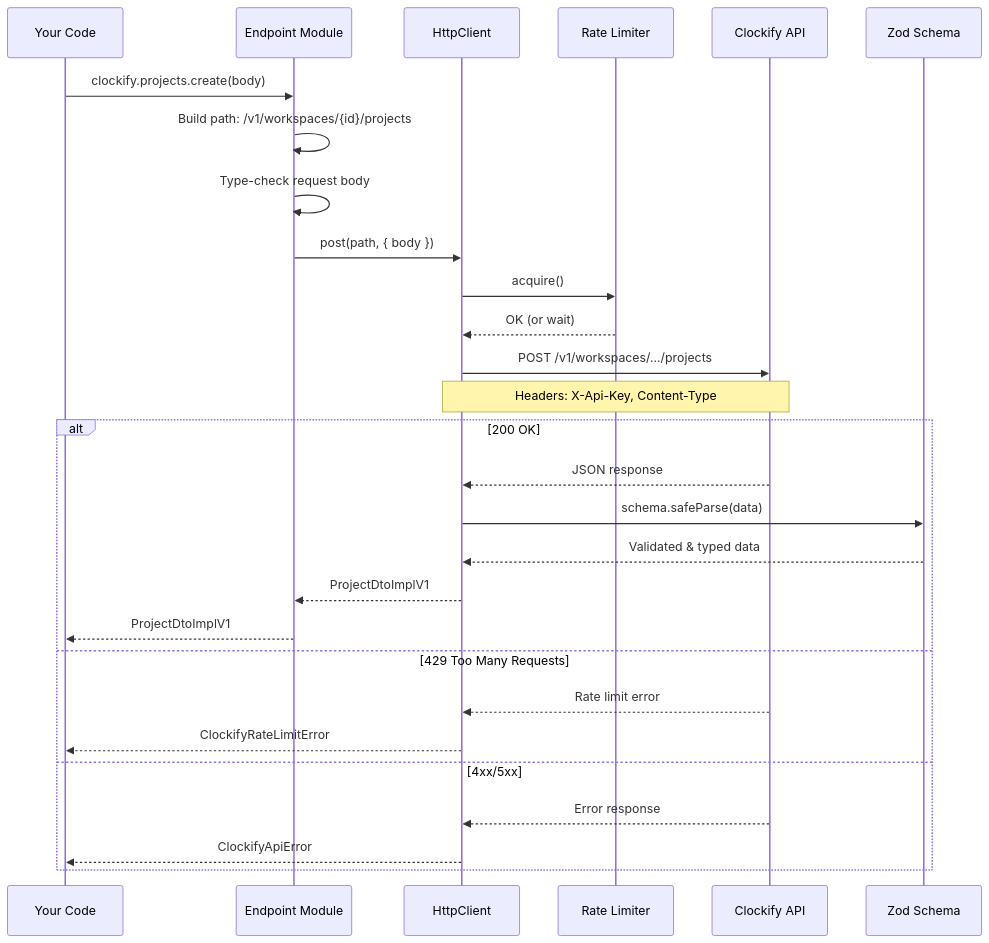
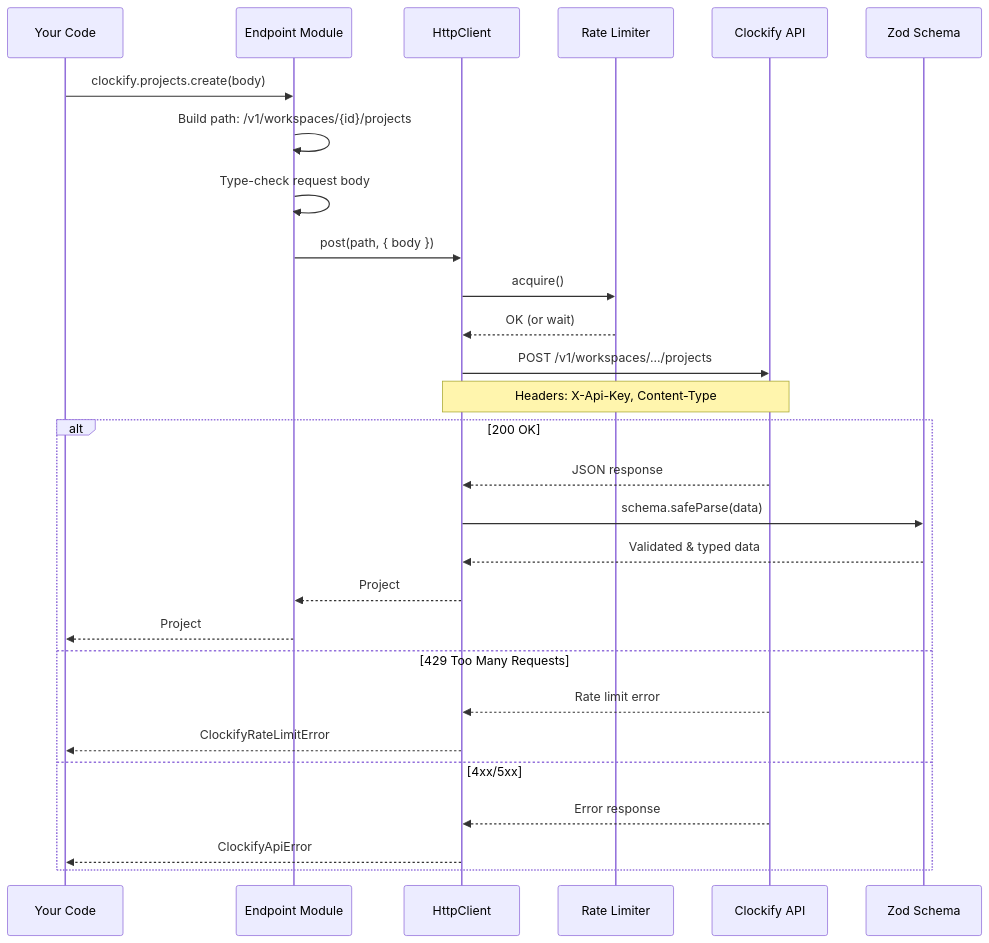
The first of 5 diagrams in clockifix-docs/pages/system/data-flow.mdx (jamesrisberg/clockifixed), drawn with Mermaid before and after one commit.

Commit message:
Fix data-flow diagram: ProjectDtoImplV1 → Project in sequence diagram

````diff
--- a/clockifix-docs/pages/system/data-flow.mdx
+++ b/clockifix-docs/pages/system/data-flow.mdx
@@ -13,34 +13,34 @@
 ```mermaid
 sequenceDiagram
     participant App as Your Code
     participant EP as Endpoint Module
     participant HTTP as HttpClient
     participant RL as Rate Limiter
     participant API as Clockify API
     participant ZOD as Zod Schema
 
     App->>EP: clockify.projects.create(body)
     EP->>EP: Build path: /v1/workspaces/{id}/projects
     EP->>EP: Type-check request body
     EP->>HTTP: post(path, { body })
 
     HTTP->>RL: acquire()
     RL-->>HTTP: OK (or wait)
 
     HTTP->>API: POST /v1/workspaces/.../projects
     Note over HTTP,API: Headers: X-Api-Key, Content-Type
 
     alt 200 OK
         API-->>HTTP: JSON response
         HTTP->>ZOD: schema.safeParse(data)
         ZOD-->>HTTP: Validated & typed data
-        HTTP-->>EP: ProjectDtoImplV1
-        EP-->>App: ProjectDtoImplV1
+        HTTP-->>EP: Project
+        EP-->>App: Project
     else 429 Too Many Requests
         API-->>HTTP: Rate limit error
         HTTP-->>App: ClockifyRateLimitError
     else 4xx/5xx
         API-->>HTTP: Error response
         HTTP-->>App: ClockifyApiError
     end
 ```
````
